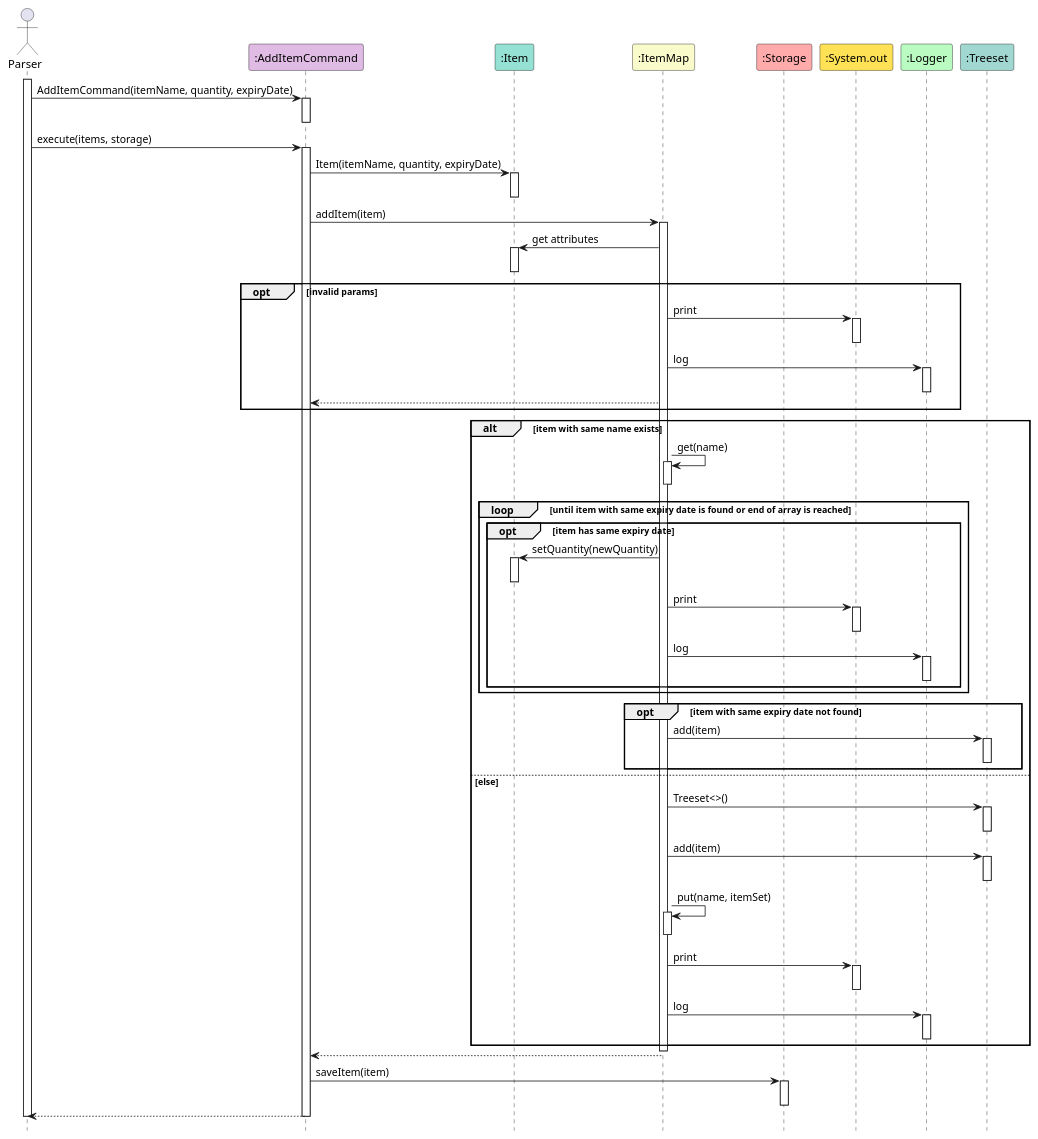
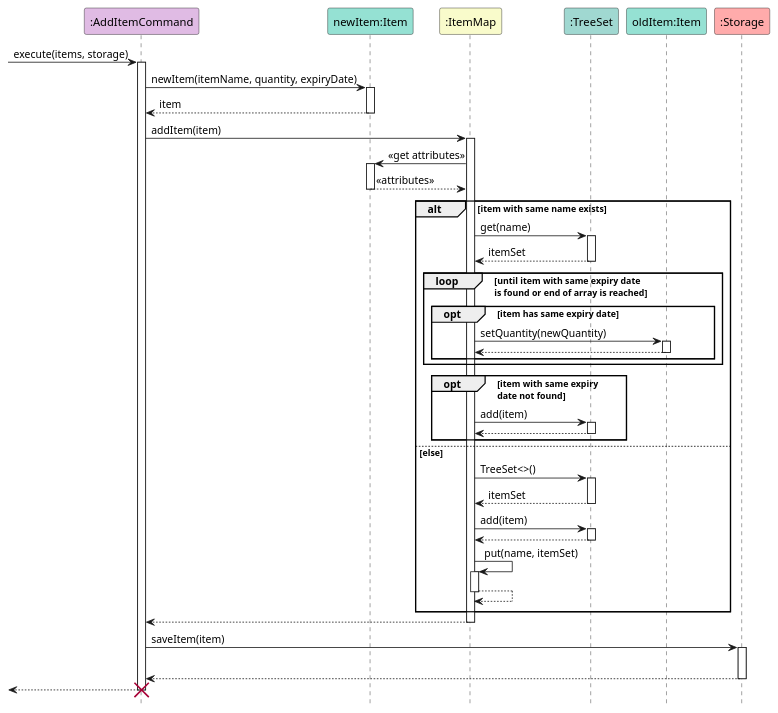
The diagram in docs/diagrams/AddItemCommand-SequenceDiagram.puml (yijiano/tp), drawn with PlantUML before and after one commit. The commit also changed 3 other files, not shown here.

Commit message:
Separate AddItemCommand Sequence diagram

```diff
--- a/docs/diagrams/AddItemCommand-SequenceDiagram.puml
+++ b/docs/diagrams/AddItemCommand-SequenceDiagram.puml
@@ -1,101 +1,79 @@
 @startuml
 
 hide footbox
 skinparam sequenceReferenceBackgroundColor #f7807c
 
+participant ":AddItemCommand" as AddItemCommand #E0BBE4
+participant "newItem:Item" as newItem #95E1D3
+participant ":ItemMap" as ItemMap #F9FBCB
+participant ":TreeSet" as TreeSet #A0D8D1
+participant "oldItem:Item" as oldItem #95E1D3
+participant ":Storage" as Storage #FFABAB
 
-actor Parser
-
-participant ":AddItemCommand" as AddItemCommand #E0BBE4
-participant ":Item" as Item #95E1D3
-participant ":ItemMap" as ItemMap #F9FBCB
-participant ":Storage" as Storage #FFABAB
-participant ":System.out" as System.out #FFE156
-participant ":Logger" as Logger #B9FBC0
-participant ":Treeset" as Treeset #A0D8D1
-
-activate Parser
-Parser -> AddItemCommand : AddItemCommand(itemName, quantity, expiryDate)
-activate AddItemCommand
-deactivate AddItemCommand
-
-Parser -> AddItemCommand : execute(items, storage)
+-> AddItemCommand : execute(items, storage)
 activate AddItemCommand
 
-AddItemCommand -> Item : Item(itemName, quantity, expiryDate)
-activate Item
-deactivate Item
+AddItemCommand -> newItem : newItem(itemName, quantity, expiryDate)
+activate newItem
+return item
+deactivate newItem
 
 AddItemCommand -> ItemMap : addItem(item)
 activate ItemMap
 
-ItemMap -> Item : get attributes
-activate Item
-deactivate Item
-
-opt invalid params
-    ItemMap -> System.out : print
-    activate System.out
-    deactivate System.out
-    ItemMap -> Logger : log
-    activate Logger
-    deactivate Logger
-    ItemMap --> AddItemCommand
-end
+ItemMap -> newItem : <<get attributes>>
+activate newItem
+return <<attributes>>
+deactivate newItem
 
 alt item with same name exists
-    ItemMap -> ItemMap : get(name)
-    activate ItemMap
-    deactivate ItemMap
+    ItemMap -> TreeSet : get(name)
+    activate TreeSet
+    return itemSet
 
-    loop until item with same expiry date is found or end of array is reached
+    loop until item with same expiry date \nis found or end of array is reached
         opt item has same expiry date
-            ItemMap -> Item : setQuantity(newQuantity)
-            activate Item
-            deactivate Item
-            ItemMap -> System.out : print
-            activate System.out
-            deactivate System.out
-            ItemMap -> Logger : log
-            activate Logger
-            deactivate Logger
+            ItemMap -> oldItem : setQuantity(newQuantity)
+            activate oldItem
+            return
+            deactivate oldItem
         end
     end
 
-    opt item with same expiry date not found
-        ItemMap -> Treeset : add(item)
-        activate Treeset
-        deactivate Treeset
+    opt item with same expiry \ndate not found
+        ItemMap -> TreeSet : add(item)
+        activate TreeSet
+        return
+        deactivate TreeSet
     end
 
 
 else else
-    ItemMap -> Treeset : Treeset<>()
-    activate Treeset
-    deactivate Treeset
-    ItemMap -> Treeset : add(item)
-    activate Treeset
-    deactivate Treeset
+    ItemMap -> TreeSet : TreeSet<>()
+    activate TreeSet
+    return itemSet
+    deactivate TreeSet
+    ItemMap -> TreeSet : add(item)
+    activate TreeSet
+    return
+    deactivate TreeSet
     ItemMap -> ItemMap : put(name, itemSet)
     activate ItemMap
-    deactivate ItemMap
-    ItemMap -> System.out : print
-    activate System.out
-    deactivate System.out
-    ItemMap -> Logger : log
-    activate Logger
-    deactivate Logger
+    return
+    ||10||
 end
 
+ItemMap --> AddItemCommand
 deactivate ItemMap
-ItemMap --> AddItemCommand
 
 AddItemCommand -> Storage : saveItem(item)
 activate Storage
+||||||
+return
 deactivate Storage
 
-AddItemCommand --> Parser
+<-- AddItemCommand
 deactivate AddItemCommand
-deactivate Parser
+destroy AddItemCommand
 
 @enduml
```
